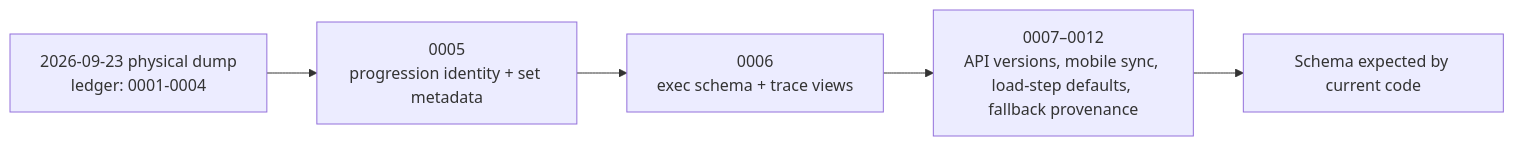
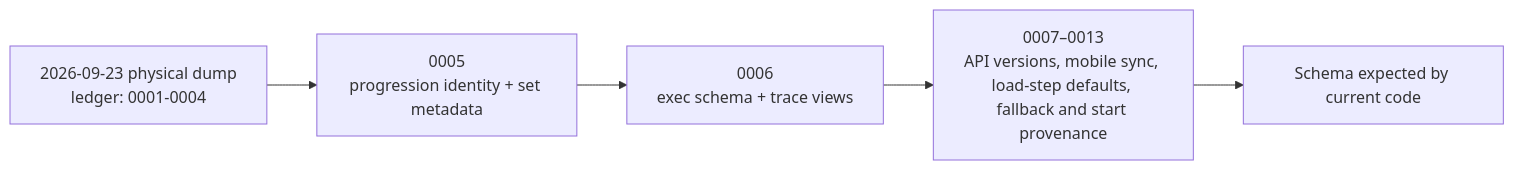
One commit to 0x41gawor/agonez changed the diagram in __docs__/database/schema-overview.md. Above: the diagram before and after it, drawn with Mermaid. The commit also changed other lines of this file and 25 other files, not shown here.

````diff
--- a/__docs__/database/schema-overview.md
+++ b/__docs__/database/schema-overview.md
@@ -100,10 +100,10 @@
 ```mermaid
 flowchart LR
     Dump["2026-09-23 physical dump\nledger: 0001-0004"]
     M5["0005\nprogression identity + set metadata"]
     M6["0006\nexec schema + trace views"]
-    Later["0007–0012\nAPI versions, mobile sync, load-step defaults, fallback provenance"]
+    Later["0007–0013\nAPI versions, mobile sync, load-step defaults, fallback and start provenance"]
     Expected["Schema expected by current code"]
 
     Dump --> M5 --> M6 --> Later --> Expected
 ```
````
